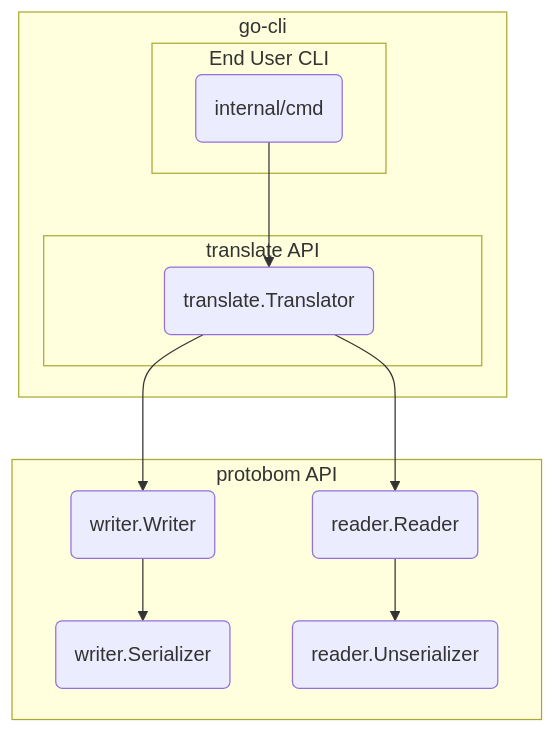
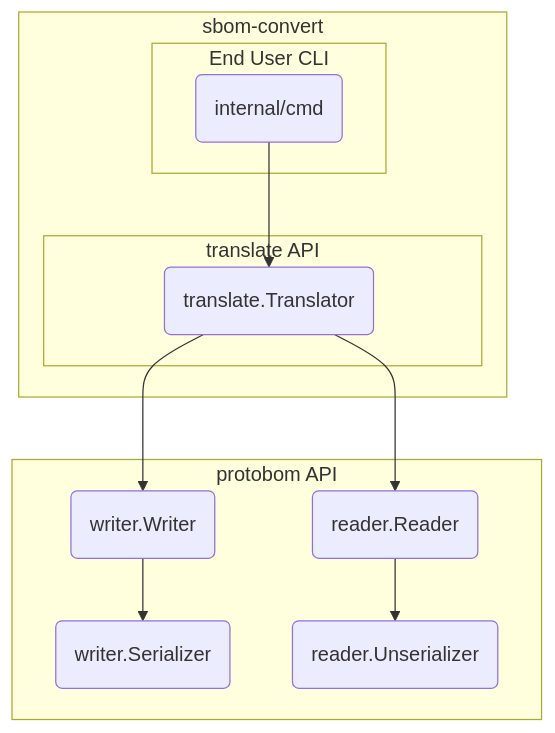
The diagram in README.md (protobom/sbom-convert), drawn with Mermaid before and after one commit. The commit also changed other lines of this file and 30 other files, not shown here.

````diff
--- a/README.md
+++ b/README.md
@@ -42,18 +45,18 @@
 ```mermaid
 flowchart TB
     a2-->b2
     b2-->c2
     b2-->c3
-    subgraph "go-cli"
+    subgraph "sbom-convert"
       subgraph "End User CLI"
         a2("internal/cmd")
       end
       subgraph "translate API"
         b2("translate.Translator")
        end
     end
     subgraph "protobom API"
     c2("writer.Writer")-->c4("writer.Serializer")
     c3("reader.Reader")-->c5("reader.Unserializer")
     end
 ```
````
